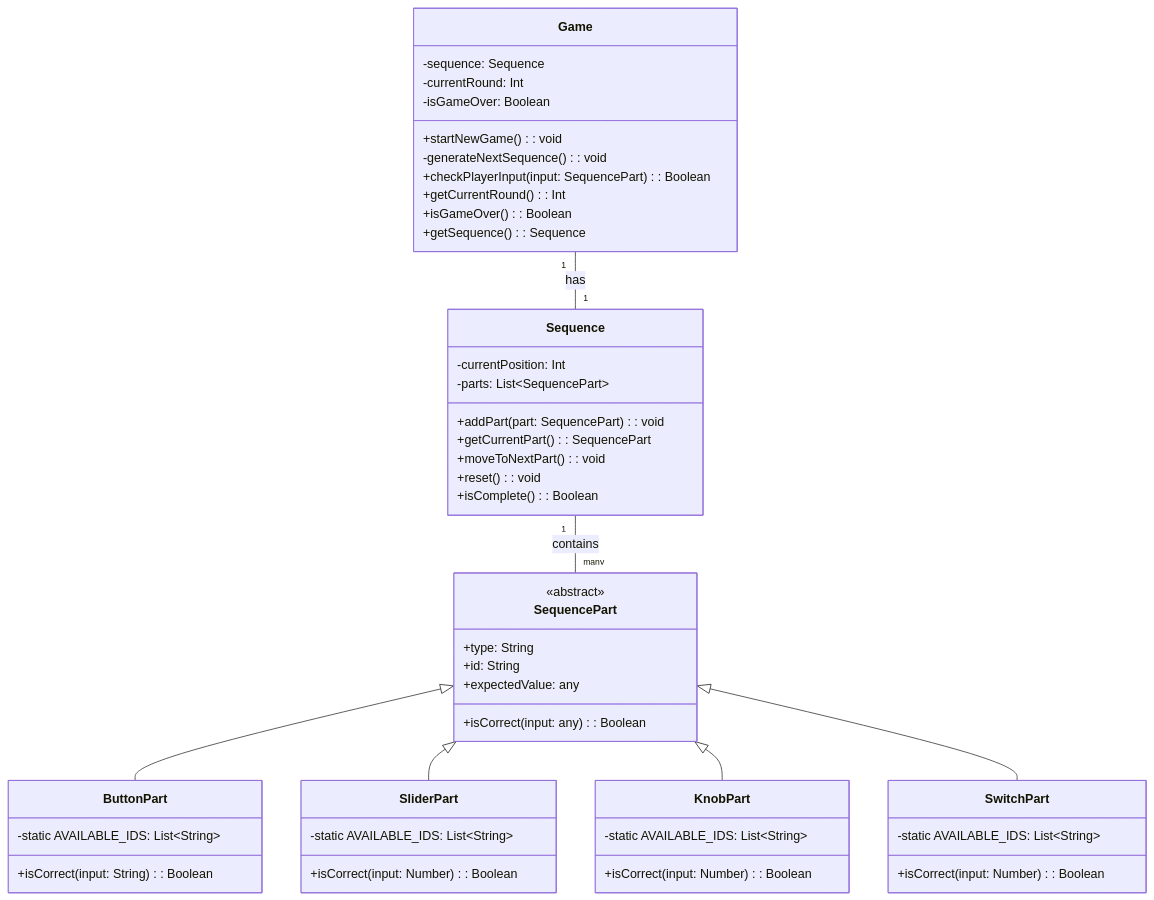
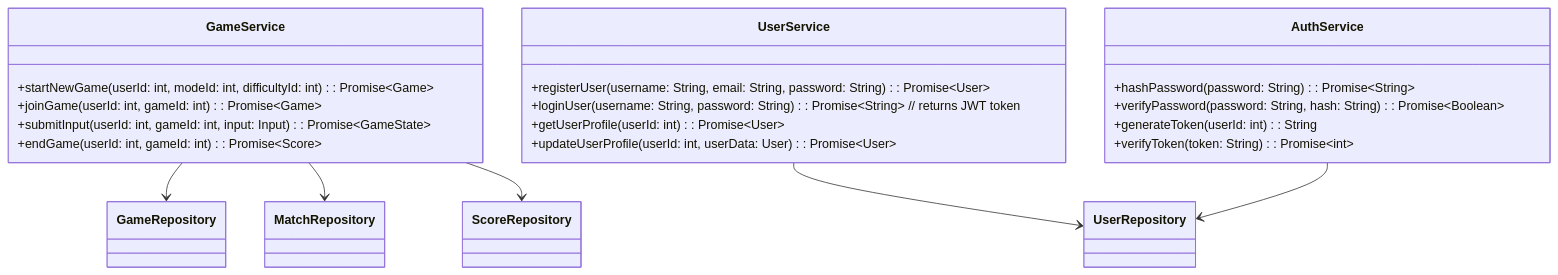
Before and after one commit to GitDevla/infinite-simon: the fifth of 6 diagrams in docs/system-design.md, drawn with Mermaid. The commit also changed other lines of this file and 2 other files, not shown here.

````diff
--- a/docs/system-design.md
+++ b/docs/system-design.md
@@ -159,59 +209,29 @@
 ```mermaid
 classDiagram
-    class SequencePart {
-        <<abstract>>
-        +type: String
-        +id: String
-        +expectedValue: any
-        +isCorrect(input: any): Boolean
+    class GameService {
+        +startNewGame(userId: int, modeId: int, difficultyId: int): Promise~Game~
+        +joinGame(userId: int, gameId: int): Promise~Game~
+        +submitInput(userId: int, gameId: int, input: Input): Promise~GameState~
+        +endGame(userId: int, gameId: int): Promise~Score~
+    }   
+
+    class UserService {
+        +registerUser(username: String, email: String, password: String): Promise~User~
+        +loginUser(username: String, password: String): Promise~String~ // returns JWT token
+        +getUserProfile(userId: int): Promise~User~
+        +updateUserProfile(userId: int, userData: User): Promise~User~
+    }   
+
+    class AuthService {
+        +hashPassword(password: String): Promise~String~
+        +verifyPassword(password: String, hash: String): Promise~Boolean~
+        +generateToken(userId: int): String
+        +verifyToken(token: String): Promise~int~
     }
 
-    class ButtonPart {
-        -static AVAILABLE_IDS: List~String~
-        +isCorrect(input: String): Boolean
-    }
-
-    class SliderPart {
-        -static AVAILABLE_IDS: List~String~
-        +isCorrect(input: Number): Boolean
-    }
-
-    class KnobPart {
-        -static AVAILABLE_IDS: List~String~
-        +isCorrect(input: Number): Boolean
-    }
-
-    class SwitchPart {
-        -static AVAILABLE_IDS: List~String~
-        +isCorrect(input: Number): Boolean
-    }
-
-    class Sequence {
-        -currentPosition: Int
-        -parts: List~SequencePart~
-        +addPart(part: SequencePart): void
-        +getCurrentPart(): SequencePart
-        +moveToNextPart(): void
-        +reset(): void
-        +isComplete(): Boolean
-    }
-  
-    class Game {
-        -sequence: Sequence
-        -currentRound: Int
-        -isGameOver: Boolean
-        +startNewGame(): void
-        -generateNextSequence(): void
-        +checkPlayerInput(input: SequencePart): Boolean
-        +getCurrentRound(): Int
-        +isGameOver(): Boolean
-        +getSequence(): Sequence
-    }
-
-    Sequence "1" -- "many" SequencePart : contains
-    Game "1" -- "1" Sequence : has
-    SequencePart <|-- ButtonPart
-    SequencePart <|-- SliderPart
-    SequencePart <|-- KnobPart
-    SequencePart <|-- SwitchPart
+    GameService --> GameRepository
+    GameService --> MatchRepository
+    GameService --> ScoreRepository
+    UserService --> UserRepository
+    AuthService --> UserRepository
 ```
````
